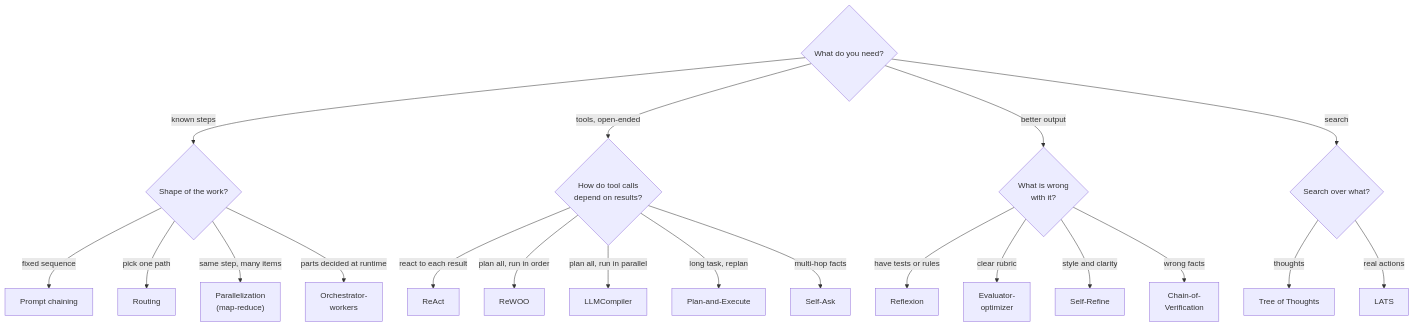
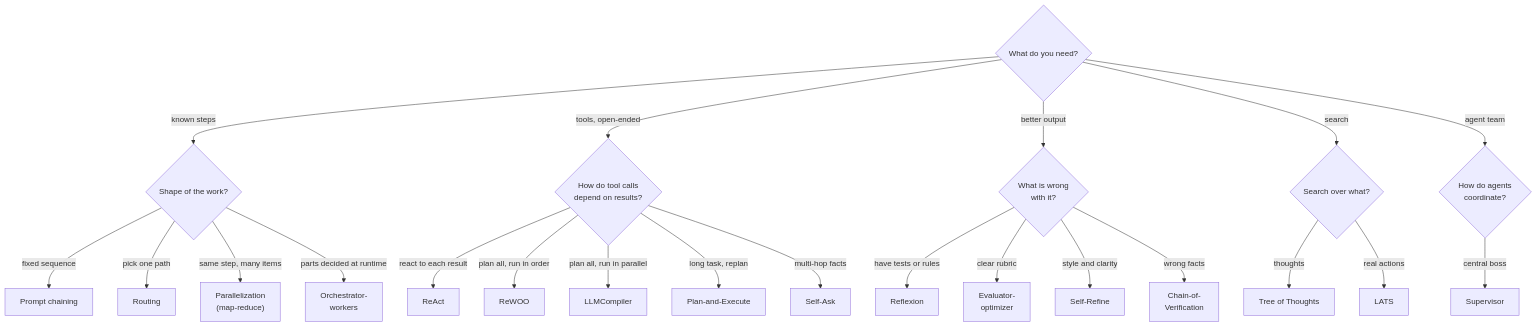
Before and after one commit to idanbe/AI-Agent-Design-Patterns: the diagram in README.md, drawn with Mermaid. The commit also changed other lines of this file and 5 other files, not shown here.

````diff
--- a/README.md
+++ b/README.md
@@ -58,26 +60,28 @@
 ```mermaid
 flowchart TD
     S{"What do you need?"}
     S -->|known steps| W{"Shape of the work?"}
     S -->|tools, open-ended| T{"How do tool calls<br/>depend on results?"}
     S -->|better output| Q{"What is wrong<br/>with it?"}
     S -->|search| X{"Search over what?"}
     X -->|thoughts| TOT["Tree of Thoughts"]
     X -->|real actions| LATS["LATS"]
+    S -->|agent team| MA{"How do agents<br/>coordinate?"}
+    MA -->|central boss| SUP["Supervisor"]
 
     W -->|fixed sequence| PC["Prompt chaining"]
     W -->|pick one path| RT["Routing"]
     W -->|same step, many items| MR["Parallelization<br/>(map-reduce)"]
     W -->|parts decided at runtime| OW["Orchestrator-<br/>workers"]
 
     T -->|react to each result| RA["ReAct"]
     T -->|plan all, run in order| RW["ReWOO"]
     T -->|plan all, run in parallel| LC["LLMCompiler"]
     T -->|long task, replan| PE["Plan-and-Execute"]
     T -->|multi-hop facts| SA["Self-Ask"]
 
     Q -->|have tests or rules| RX["Reflexion"]
     Q -->|clear rubric| EO["Evaluator-<br/>optimizer"]
     Q -->|style and clarity| SR["Self-Refine"]
     Q -->|wrong facts| CV["Chain-of-<br/>Verification"]
 ```
````
